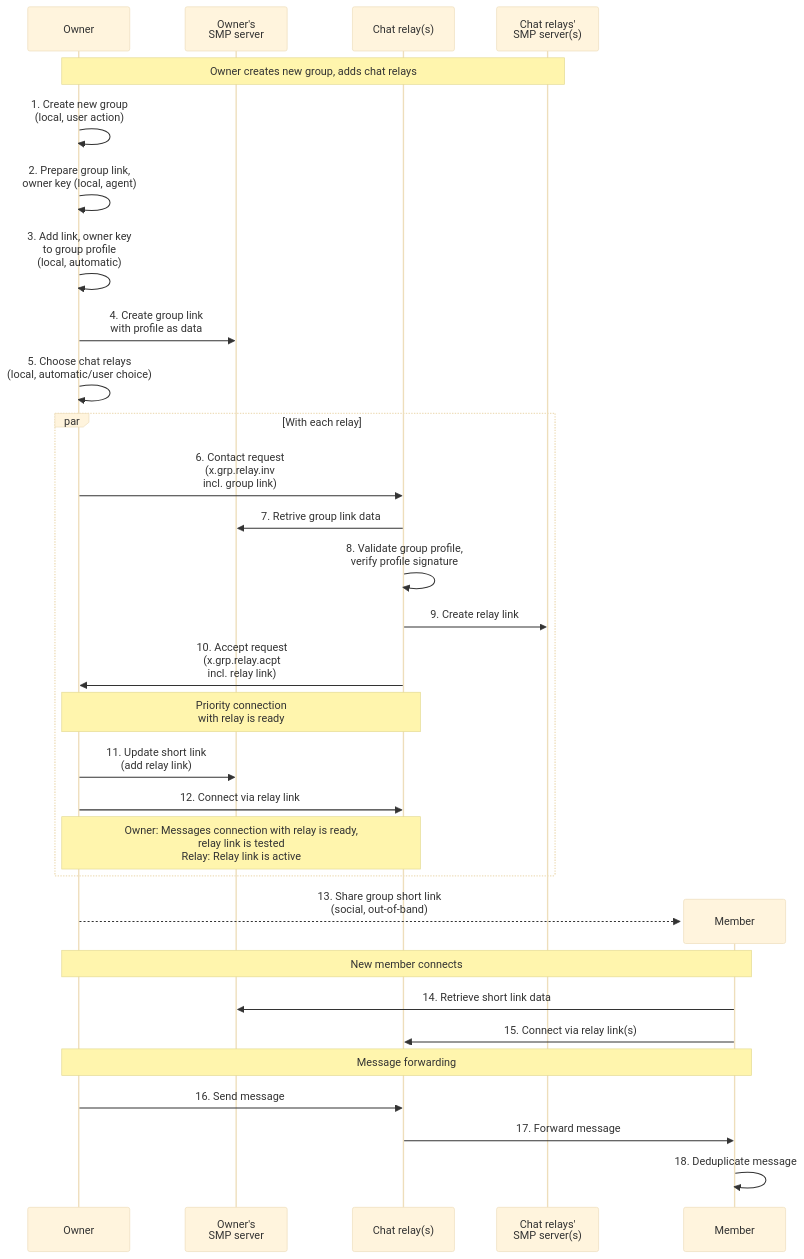
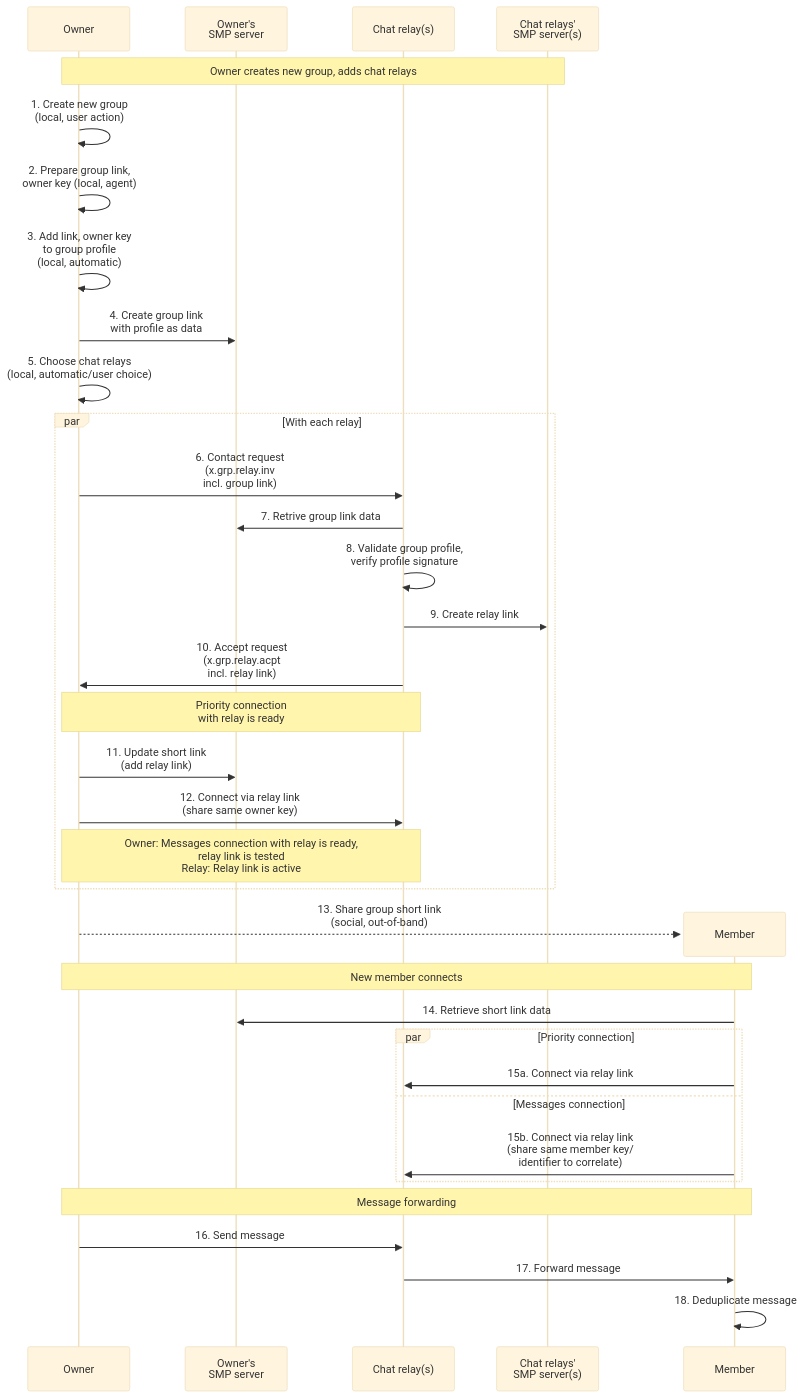
Before and after one commit to simplex-chat/simplex-chat: the third of 4 diagrams in docs/rfcs/2025-10-20-chat-relays.md, drawn with Mermaid (base theme). The commit also changed other lines of this file and 2 other files, not shown here.

````diff
--- a/docs/rfcs/2025-10-20-chat-relays.md
+++ b/docs/rfcs/2025-10-20-chat-relays.md
@@ -196,39 +196,43 @@
 ```mermaid
 sequenceDiagram
     participant O as Owner
     participant OSMP as Owner's<br>SMP server
     participant R as Chat relay(s)
     participant RSMP as Chat relays'<br>SMP server(s)
 
 note over O, RSMP: Owner creates new group, adds chat relays
 
 O ->> O: 1. Create new group<br>(local, user action)
 O ->> O: 2. Prepare group link,<br>owner key (local, agent)
 O ->> O: 3. Add link, owner key<br>to group profile<br>(local, automatic)
 O ->> OSMP: 4. Create group link<br>with profile as data
 O ->> O: 5. Choose chat relays<br>(local, automatic/user choice)
 par With each relay
     O ->> R: 6. Contact request<br>(x.grp.relay.inv<br>incl. group link)
     R ->> OSMP: 7. Retrive group link data
     R ->> R: 8. Validate group profile,<br>verify profile signature
     R ->> RSMP: 9. Create relay link
     R ->> O: 10. Accept request<br>(x.grp.relay.acpt<br>incl. relay link)
     note over O, R: Priority connection<br>with relay is ready
     O ->> OSMP: 11. Update short link<br>(add relay link)
-    O ->> R: 12. Connect via relay link
+    O ->> R: 12. Connect via relay link<br>(share same owner key)
     note over O, R: Owner: Messages connection with relay is ready,<br>relay link is tested<br>Relay: Relay link is active
 end
 create participant M as Member
 O -->> M: 13. Share group short link<br>(social, out-of-band)
 
 note over O, M: New member connects
 
 M ->> OSMP: 14. Retrieve short link data
-M ->> R: 15. Connect via relay link(s)
+par Priority connection
+    M ->> R: 15a. Connect via relay link
+and Messages connection
+    M ->> R: 15b. Connect via relay link<br>(share same member key/<br>identifier to correlate)
+end
 
 note over O, M: Message forwarding
 
 O ->> R: 16. Send message
 R ->> M: 17. Forward message
 M ->> M: 18. Deduplicate message
 ```
````
